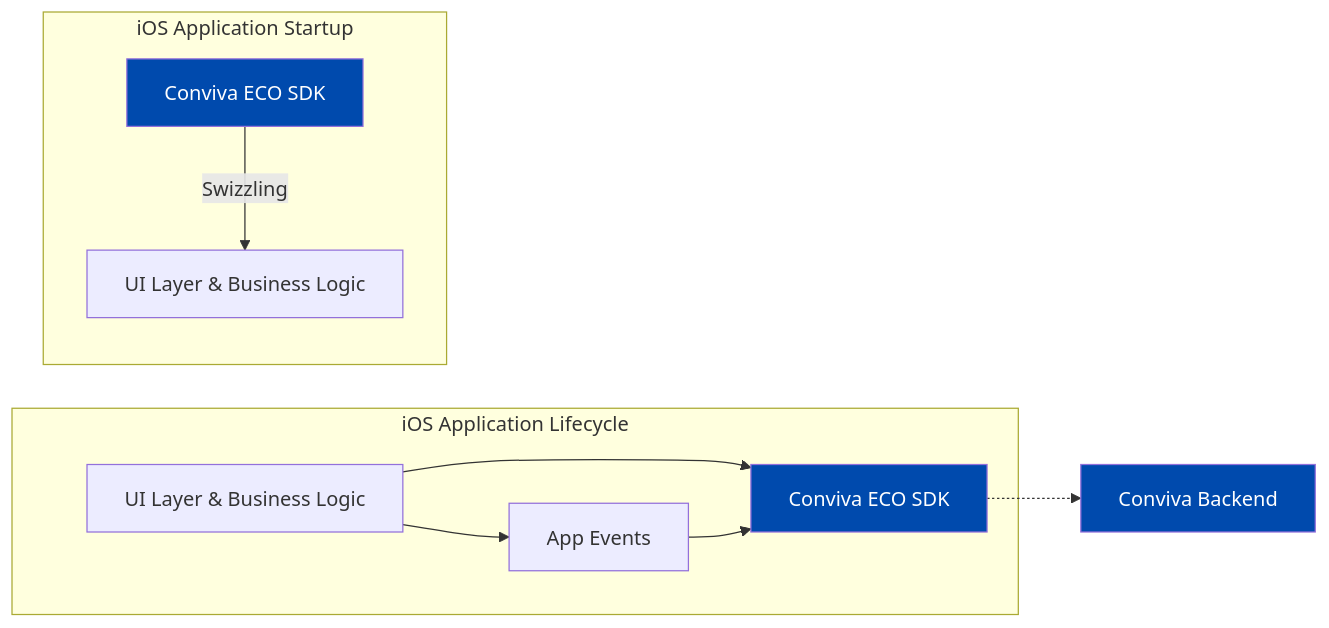
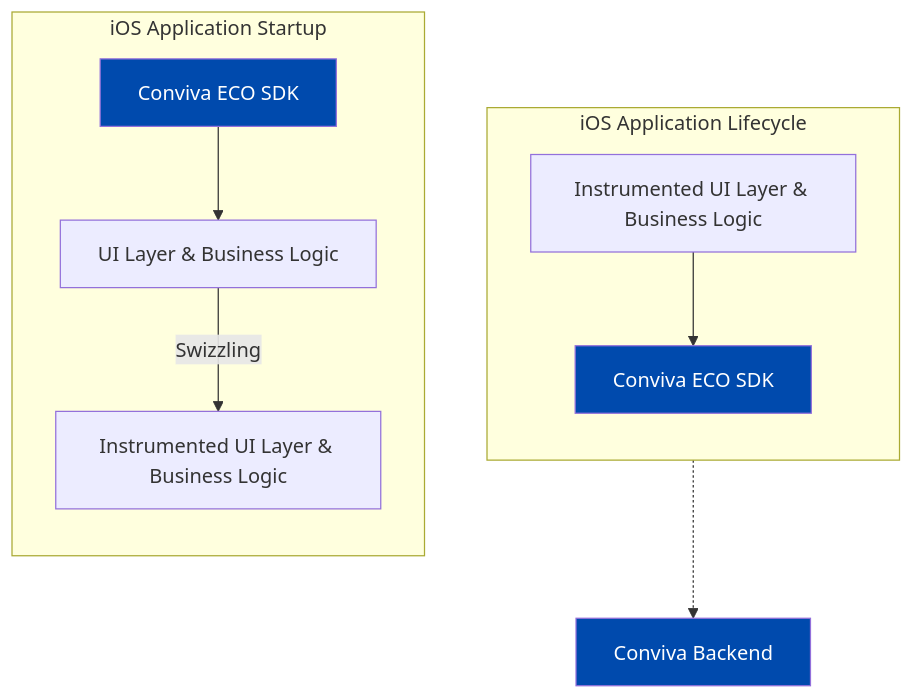
One commit to conviva-nsolanki/conviva-ios-appanalytics changed the diagram in README.md. Above: the diagram before and after it, drawn with Mermaid. The commit also changed other lines of this file, not shown here.

````diff
--- a/README.md
+++ b/README.md
@@ -23,20 +23,23 @@
 ```mermaid
-   graph LR
-        %% Lifecycle Phase
-    subgraph "iOS Application Lifecycle"
-        app[UI Layer & Business Logic] --> sdk[Conviva ECO SDK]
-        app --> events[App Events]
-        events --> sdk
-    end
-    sdk -.-> backend[Conviva Backend]
+   graph TB
 
-    %% Startup Phase
-    subgraph "iOS Application Startup"
-        sdk_startup[Conviva ECO SDK] -->|Swizzling| app_startup[UI Layer & Business Logic]
-    end
-
-    %% Styling
-    style sdk fill:#004AAD,color:#FFFFFF
-    style backend fill:#004AAD,color:#FFFFFF
-    style sdk_startup fill:#004AAD,color:#FFFFFF
+     %% Lifecycle Phase (right)
+     subgraph B[iOS Application Lifecycle]
+       direction TB
+       app[Instrumented UI Layer & Business Logic]
+       app --> sdk[Conviva ECO SDK]
+     end
+      sdk -.-> backend[Conviva Backend]
+   
+     %% Startup Phase (left)
+     subgraph A[iOS Application Startup]
+       direction TB
+       sdk_startup[Conviva ECO SDK] --> app_startup[UI Layer & Business Logic]
+       app_startup --> |Swizzling| swizzled[Instrumented UI Layer & Business Logic]
+     end
+   
+     %% Styling
+     style sdk fill:#004AAD,color:#FFFFFF
+     style sdk_startup fill:#004AAD,color:#FFFFFF
+     style backend color:#FFFFFF,fill:#004AAD
 ```
````
